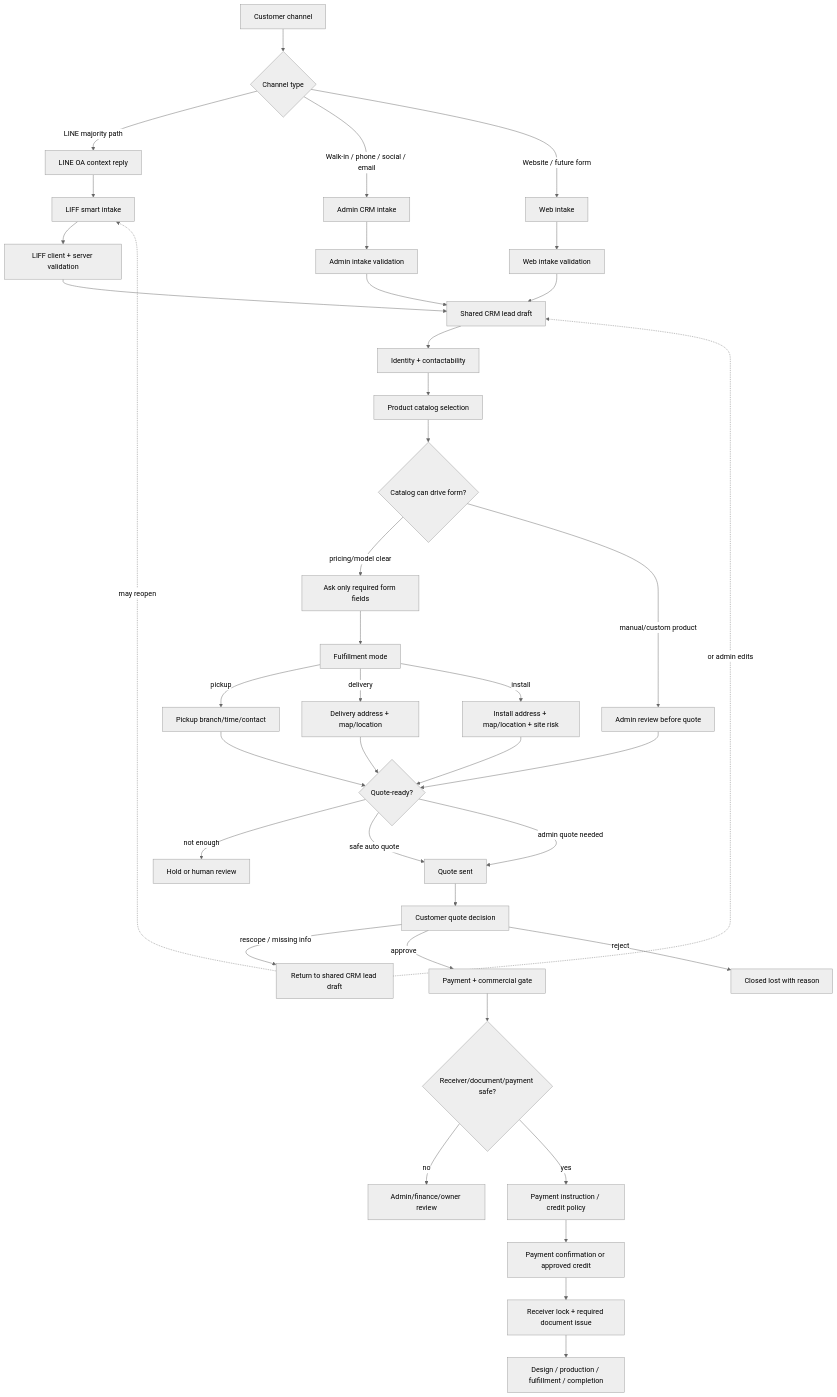
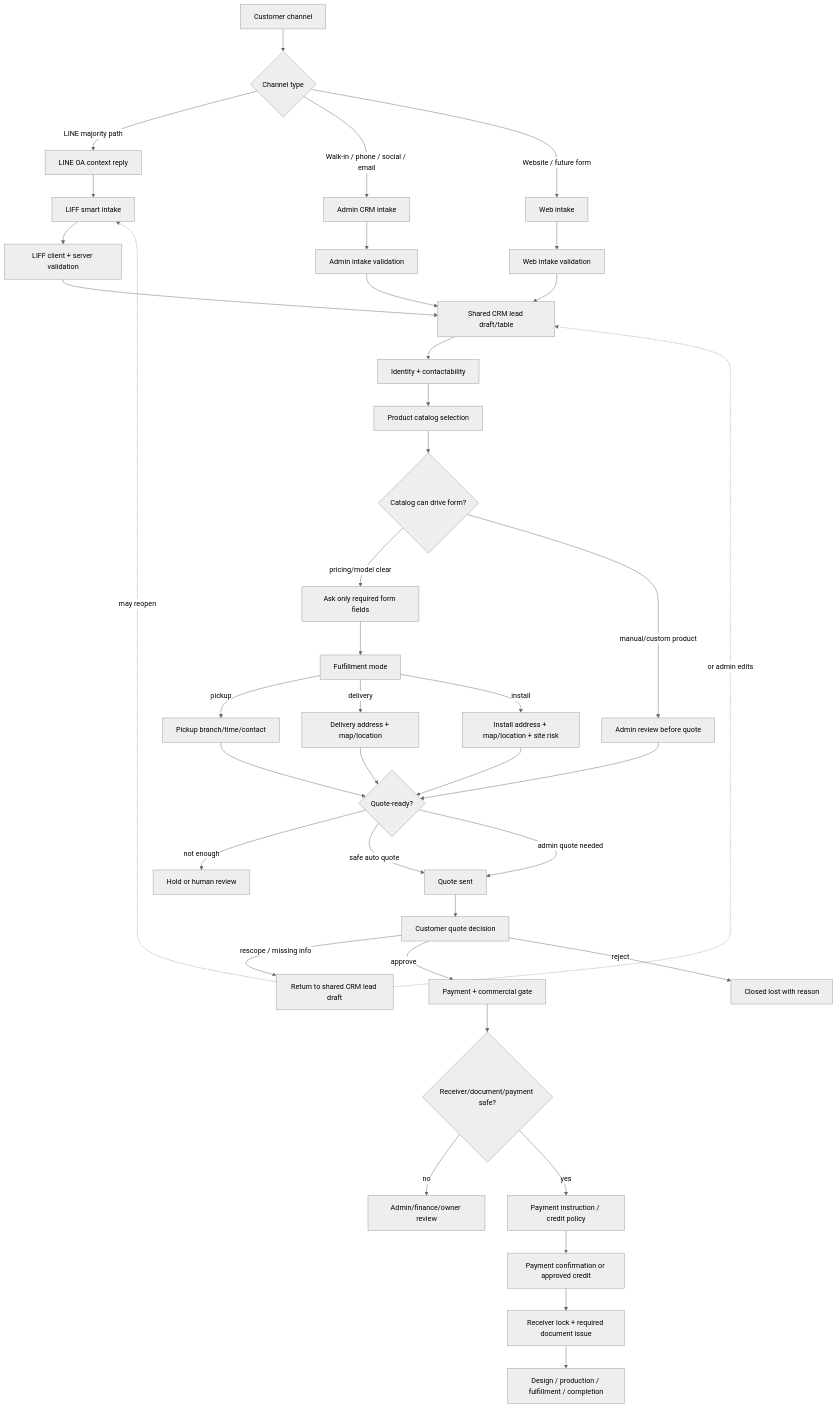
Before and after one commit to akkpol/craft-run-app: the first of 2 diagrams in docs/FOGUS_REALITY_ANALYSIS_MAP_V1.md, drawn with Mermaid (neutral theme). The commit also changed other lines of this file, not shown here.

Commit message:
docs(#33): define CRM table manual intake

````diff
--- a/docs/FOGUS_REALITY_ANALYSIS_MAP_V1.md
+++ b/docs/FOGUS_REALITY_ANALYSIS_MAP_V1.md
@@ -302,51 +302,51 @@
 ```mermaid
 flowchart TD
 	A[Customer channel] --> B{Channel type}
 	B -->|LINE majority path| C[LINE OA context reply]
 	B -->|Walk-in / phone / social / email| D[Admin CRM intake]
 	B -->|Website / future form| E[Web intake]
 
 	C --> F[LIFF smart intake]
 	D --> D1[Admin intake validation]
 	E --> E1[Web intake validation]
 	F --> F1[LIFF client + server validation]
 
-	D1 --> G[Shared CRM lead draft]
+	D1 --> G[Shared CRM lead draft/table]
 	E1 --> G
 	F1 --> G
 
 	G --> H[Identity + contactability]
 	H --> I[Product catalog selection]
 	I --> J{Catalog can drive form?}
 	J -->|pricing/model clear| K[Ask only required form fields]
 	J -->|manual/custom product| L[Admin review before quote]
 
 	K --> M[Fulfillment mode]
 	M -->|pickup| M1[Pickup branch/time/contact]
 	M -->|delivery| M2[Delivery address + map/location]
 	M -->|install| M3[Install address + map/location + site risk]
 
 	M1 --> N{Quote-ready?}
 	M2 --> N
 	M3 --> N
 	L --> N
 
 	N -->|not enough| O[Hold or human review]
 	N -->|safe auto quote| P[Quote sent]
 	N -->|admin quote needed| P
 
 	P --> Q[Customer quote decision]
 	Q -->|rescope / missing info| R[Return to shared CRM lead draft]
 	Q -->|approve| S[Payment + commercial gate]
 	Q -->|reject| T[Closed lost with reason]
 
 	S --> U{Receiver/document/payment safe?}
 	U -->|no| V[Admin/finance/owner review]
 	U -->|yes| W[Payment instruction / credit policy]
 	W --> X[Payment confirmation or approved credit]
 	X --> Y[Receiver lock + required document issue]
 	Y --> Z[Design / production / fulfillment / completion]
 
 	R -. may reopen .-> F
 	R -. or admin edits .-> G
 ```
````
